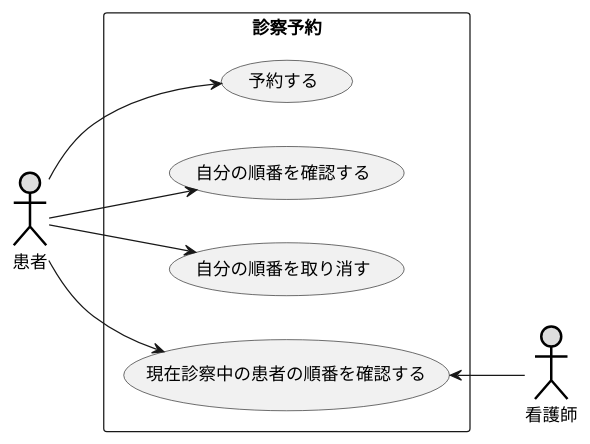
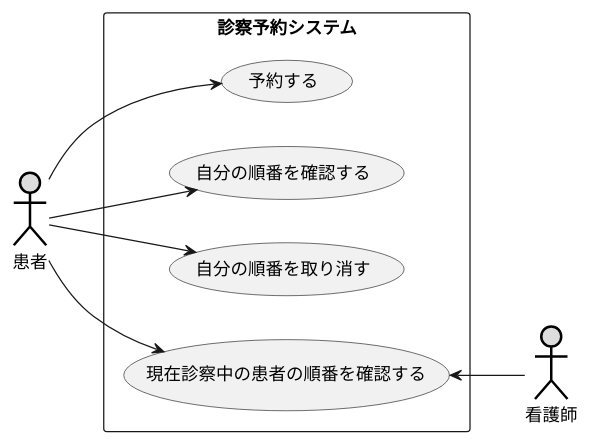
Before and after one commit to Takhshi/uml-introduction: the diagram in 演習6-3_ユースケース図_診察予約システム.pu, drawn with PlantUML.

Commit message:
演習6の修正

```diff
--- a/演習6-3_ユースケース図_診察予約システム.pu
+++ b/演習6-3_ユースケース図_診察予約システム.pu
@@ -1,16 +1,16 @@
 @startuml 演習6-3-1
 left to right direction
 actor 患者 #DDDDDD;line:black;line.bold;
 actor 看護師 #DDDDDD;line:black;line.bold;
-rectangle 診察予約 {
+rectangle 診察予約システム {
 usecase 予約する
 usecase 自分の順番を確認する
 usecase 自分の順番を取り消す
 usecase 現在診察中の患者の順番を確認する
 }
 患者 --> 予約する
 患者 --> 自分の順番を確認する
 患者 --> 自分の順番を取り消す
 患者 --> 現在診察中の患者の順番を確認する
 現在診察中の患者の順番を確認する <-- 看護師
 @enduml
```
